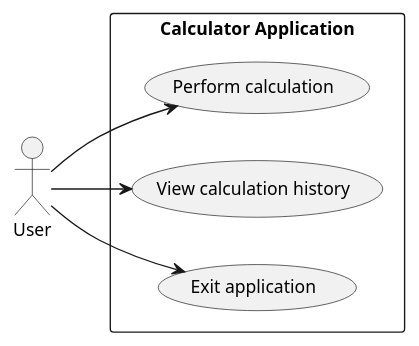
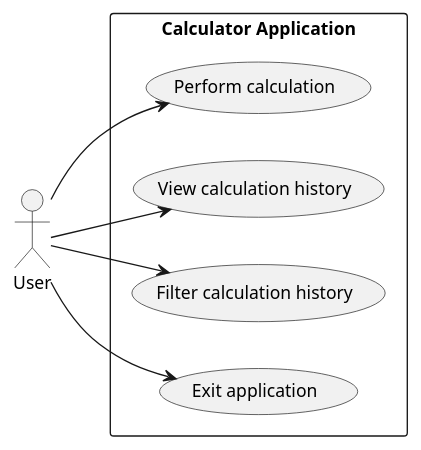
The diagram in experiments/pipeline/user_stories/calculator/artifacts/use_case_diagram.puml (DanielRiha8906/Software_autoevolution_using_agents), drawn with PlantUML before and after one commit. The commit also changed 13 other files, not shown here.

```diff
--- a/experiments/pipeline/user_stories/calculator/artifacts/use_case_diagram.puml
+++ b/experiments/pipeline/user_stories/calculator/artifacts/use_case_diagram.puml
@@ -1,20 +1,22 @@
 @startuml use_case_diagram
 
 skinparam defaultFontSize 13
 
 left to right direction
 
 actor User
 
 rectangle "Calculator Application" {
     usecase "Perform calculation" as UC_Calc
     usecase "View calculation history" as UC_History
+    usecase "Filter calculation history" as UC_Filter
     usecase "Exit application" as UC_Exit
 
 }
 
 User --> UC_Calc
 User --> UC_History
+User --> UC_Filter
 User --> UC_Exit
 
 @enduml
```
